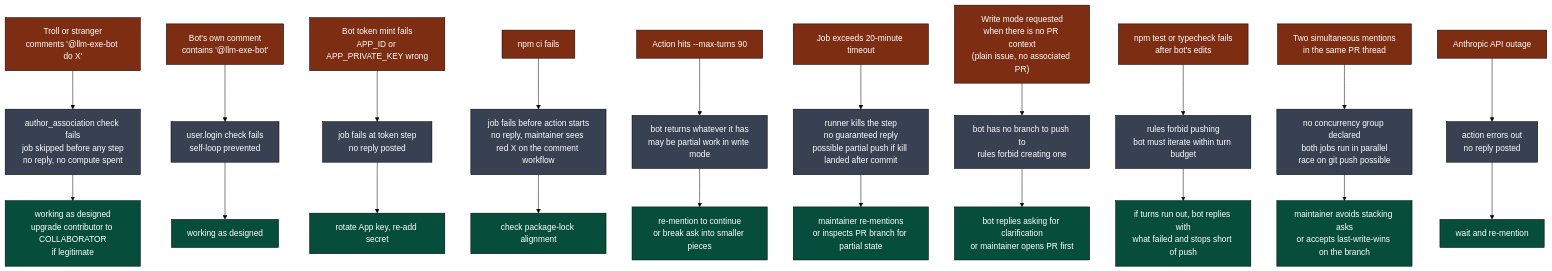
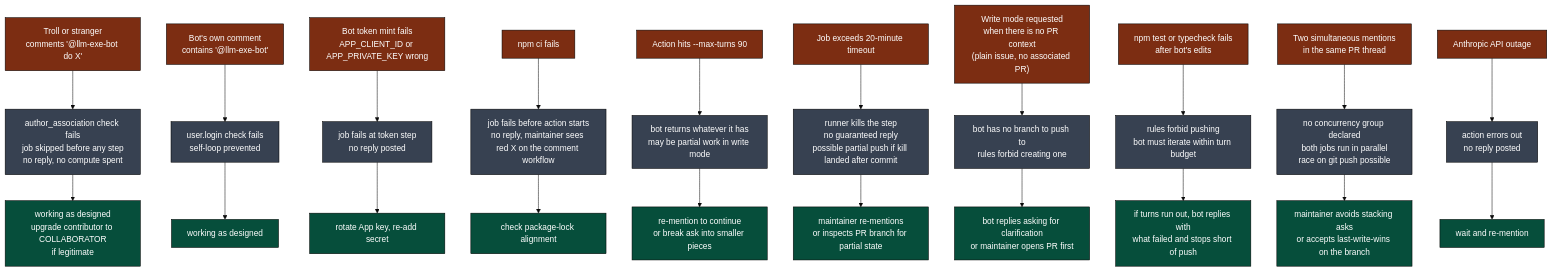
One commit to llm-exe/llm-exe changed diagram 12 of 13 in .github/docs/BOT_RESPOND_DEEP_DIVE.md. Above: the diagram before and after it, drawn with Mermaid (base theme). The commit also changed other lines of this file and 13 other files, not shown here.

Commit message:
fix: update references from APP_ID to APP_CLIENT_ID in documentation

````diff
--- a/.github/docs/BOT_RESPOND_DEEP_DIVE.md
+++ b/.github/docs/BOT_RESPOND_DEEP_DIVE.md
@@ -520,46 +520,46 @@
 ```mermaid
 flowchart TB
     classDef fail fill:#7c2d12,color:#fff,stroke:#000
     classDef effect fill:#374151,color:#fff,stroke:#000
     classDef fix fill:#064e3b,color:#fff,stroke:#000
 
     F1["Troll or stranger\ncomments '@llm-exe-bot do X'"]:::fail
     F1 --> F1E["author_association check fails\njob skipped before any step\nno reply, no compute spent"]:::effect
     F1E --> F1X["working as designed\nupgrade contributor to COLLABORATOR\nif legitimate"]:::fix
 
     F2["Bot's own comment\ncontains '@llm-exe-bot'"]:::fail
     F2 --> F2E["user.login check fails\nself-loop prevented"]:::effect
     F2E --> F2X["working as designed"]:::fix
 
-    F3["Bot token mint fails\nAPP_ID or APP_PRIVATE_KEY wrong"]:::fail
+    F3["Bot token mint fails\nAPP_CLIENT_ID or APP_PRIVATE_KEY wrong"]:::fail
     F3 --> F3E["job fails at token step\nno reply posted"]:::effect
     F3E --> F3X["rotate App key, re-add secret"]:::fix
 
     F4["npm ci fails"]:::fail
     F4 --> F4E["job fails before action starts\nno reply, maintainer sees red X on the comment workflow"]:::effect
     F4E --> F4X["check package-lock alignment"]:::fix
 
     F5["Action hits --max-turns 90"]:::fail
     F5 --> F5E["bot returns whatever it has\nmay be partial work in write mode"]:::effect
     F5E --> F5X["re-mention to continue\nor break ask into smaller pieces"]:::fix
 
     F6["Job exceeds 20-minute timeout"]:::fail
     F6 --> F6E["runner kills the step\nno guaranteed reply\npossible partial push if kill landed after commit"]:::effect
     F6E --> F6X["maintainer re-mentions\nor inspects PR branch for partial state"]:::fix
 
     F7["Write mode requested\nwhen there is no PR context\n(plain issue, no associated PR)"]:::fail
     F7 --> F7E["bot has no branch to push to\nrules forbid creating one"]:::effect
     F7E --> F7X["bot replies asking for clarification\nor maintainer opens PR first"]:::fix
 
     F8["npm test or typecheck fails\nafter bot's edits"]:::fail
     F8 --> F8E["rules forbid pushing\nbot must iterate within turn budget"]:::effect
     F8E --> F8X["if turns run out, bot replies with\nwhat failed and stops short of push"]:::fix
 
     F9["Two simultaneous mentions\nin the same PR thread"]:::fail
     F9 --> F9E["no concurrency group declared\nboth jobs run in parallel\nrace on git push possible"]:::effect
     F9E --> F9X["maintainer avoids stacking asks\nor accepts last-write-wins on the branch"]:::fix
 
     F10["Anthropic API outage"]:::fail
     F10 --> F10E["action errors out\nno reply posted"]:::effect
     F10E --> F10X["wait and re-mention"]:::fix
 ```
````
